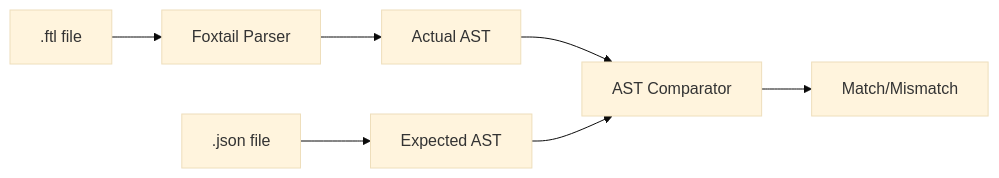
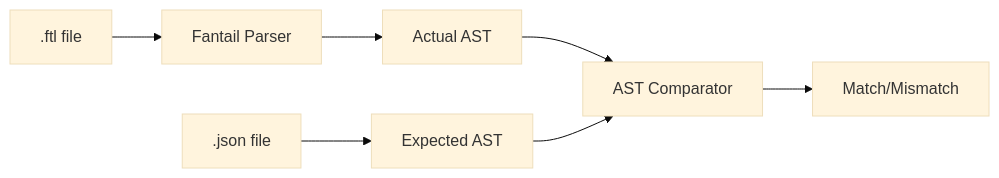
One commit to sakuro/foxtail changed the diagram in doc/testing.md. Above: the diagram before and after it, drawn with Mermaid (base theme). The commit also changed other lines of this file and 174 other files, not shown here.

First line of the commit message:
:recycle: Rename Foxtail to Fantail

````diff
--- a/doc/testing.md
+++ b/doc/testing.md
@@ -90,9 +90,9 @@
 ```mermaid
 flowchart LR
-    FTL[.ftl file] --> Parser[Foxtail Parser]
+    FTL[.ftl file] --> Parser[Fantail Parser]
     Parser --> ActualAST[Actual AST]
     JSON[.json file] --> ExpectedAST[Expected AST]
     ActualAST --> Comparator[AST Comparator]
     ExpectedAST --> Comparator
     Comparator --> Result[Match/Mismatch]
 ```
````
